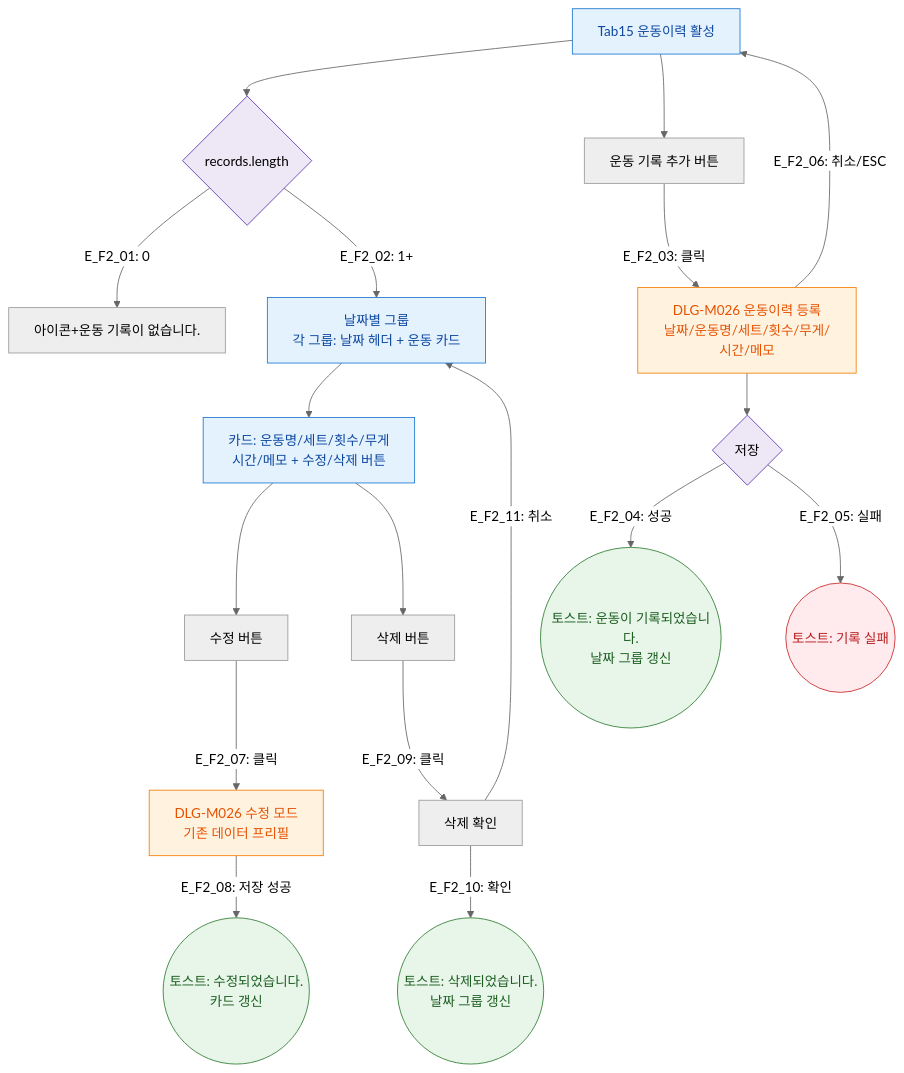
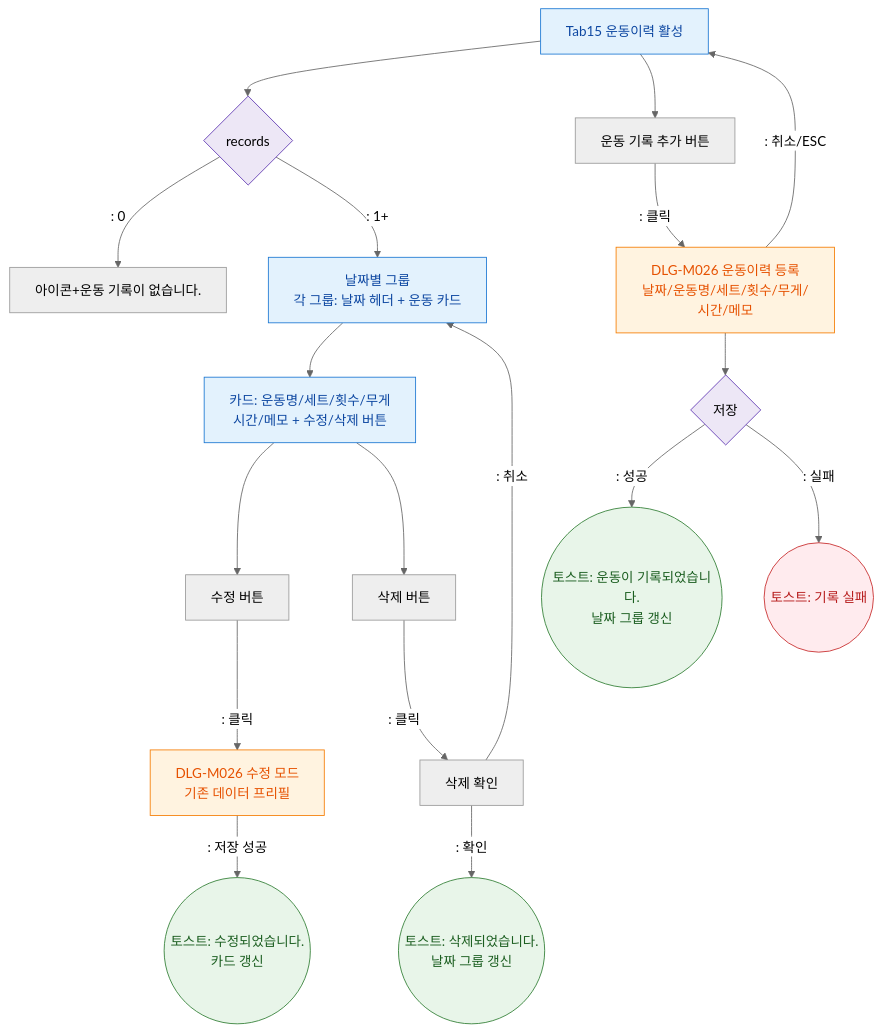
The diagram in docs/다이어그램/D02_회원관리/SCR-M004_회원상세/Tab15_운동이력/F2_메인.md (dev-spogym/admin-pando), drawn with Mermaid (neutral theme) before and after one commit. The commit also changed other lines of this file and 1660 other files, not shown here.

First line of the commit message:
다이어그램: 기획자/클라이언트 납품본으로 정리

````diff
--- a/docs/다이어그램/D02_회원관리/SCR-M004_회원상세/Tab15_운동이력/F2_메인.md
+++ b/docs/다이어그램/D02_회원관리/SCR-M004_회원상세/Tab15_운동이력/F2_메인.md
@@ -23,37 +21,37 @@
 ```mermaid
 flowchart TD
-  TAB[Tab15 운동이력 활성] --> LIST{records.length}
+  TAB[Tab15 운동이력 활성] --> LIST{records}
 
-  LIST -->|"E_F2_01: 0"| EMPTY[아이콘+운동 기록이 없습니다.]
-  LIST -->|"E_F2_02: 1+"| GROUPS[날짜별 그룹\n각 그룹: 날짜 헤더 + 운동 카드]
+  LIST -->|": 0"|EMPTY[아이콘+운동 기록이 없습니다.]
+  LIST -->|": 1+"|GROUPS[날짜별 그룹\n각 그룹: 날짜 헤더 + 운동 카드]
 
   GROUPS --> CARD[카드: 운동명/세트/횟수/무게\n시간/메모 + 수정/삭제 버튼]
 
   TAB --> ADD_BTN[운동 기록 추가 버튼]
-  ADD_BTN -->|"E_F2_03: 클릭"| DLG_M026[DLG-M026 운동이력 등록\n날짜/운동명/세트/횟수/무게/시간/메모]
+  ADD_BTN -->|": 클릭"|DLG_M026[DLG-M026 운동이력 등록\n날짜/운동명/세트/횟수/무게/시간/메모]
 
   DLG_M026 --> SAVE_BTN{저장}
-  SAVE_BTN -->|"E_F2_04: 성공"| INSERT_OK((토스트: 운동이 기록되었습니다.\n날짜 그룹 갱신))
-  SAVE_BTN -->|"E_F2_05: 실패"| INSERT_ERR((토스트: 기록 실패))
-  DLG_M026 -->|"E_F2_06: 취소/ESC"| TAB
+  SAVE_BTN -->|": 성공"|INSERT_OK((토스트: 운동이 기록되었습니다.\n날짜 그룹 갱신))
+  SAVE_BTN -->|": 실패"|INSERT_ERR((토스트: 기록 실패))
+  DLG_M026 -->|": 취소/ESC"|TAB
 
   CARD --> EDIT_BTN[수정 버튼]
-  EDIT_BTN -->|"E_F2_07: 클릭"| EDIT_DLG[DLG-M026 수정 모드\n기존 데이터 프리필]
-  EDIT_DLG -->|"E_F2_08: 저장 성공"| UPDATE_OK((토스트: 수정되었습니다.\n카드 갱신))
+  EDIT_BTN -->|": 클릭"|EDIT_DLG[DLG-M026 수정 모드\n기존 데이터 프리필]
+  EDIT_DLG -->|": 저장 성공"|UPDATE_OK((토스트: 수정되었습니다.\n카드 갱신))
 
   CARD --> DEL_BTN[삭제 버튼]
-  DEL_BTN -->|"E_F2_09: 클릭"| DEL_CONFIRM[삭제 확인]
-  DEL_CONFIRM -->|"E_F2_10: 확인"| DEL_OK((토스트: 삭제되었습니다.\n날짜 그룹 갱신))
-  DEL_CONFIRM -->|"E_F2_11: 취소"| GROUPS
+  DEL_BTN -->|": 클릭"|DEL_CONFIRM[삭제 확인]
+  DEL_CONFIRM -->|": 확인"|DEL_OK((토스트: 삭제되었습니다.\n날짜 그룹 갱신))
+  DEL_CONFIRM -->|": 취소"|GROUPS
 
   classDef screen fill:#E3F2FD,stroke:#1976D2,color:#0D47A1
   classDef modal fill:#FFF3E0,stroke:#F57C00,color:#E65100
   classDef success fill:#E8F5E9,stroke:#2E7D32,color:#1B5E20
   classDef error fill:#FFEBEE,stroke:#C62828,color:#B71C1C
   classDef system fill:#EDE7F6,stroke:#5E35B2
   class TAB,GROUPS,CARD screen
   class DLG_M026,EDIT_DLG modal
   class INSERT_OK,UPDATE_OK,DEL_OK success
   class INSERT_ERR error
   class LIST,SAVE_BTN system
 ```
````
